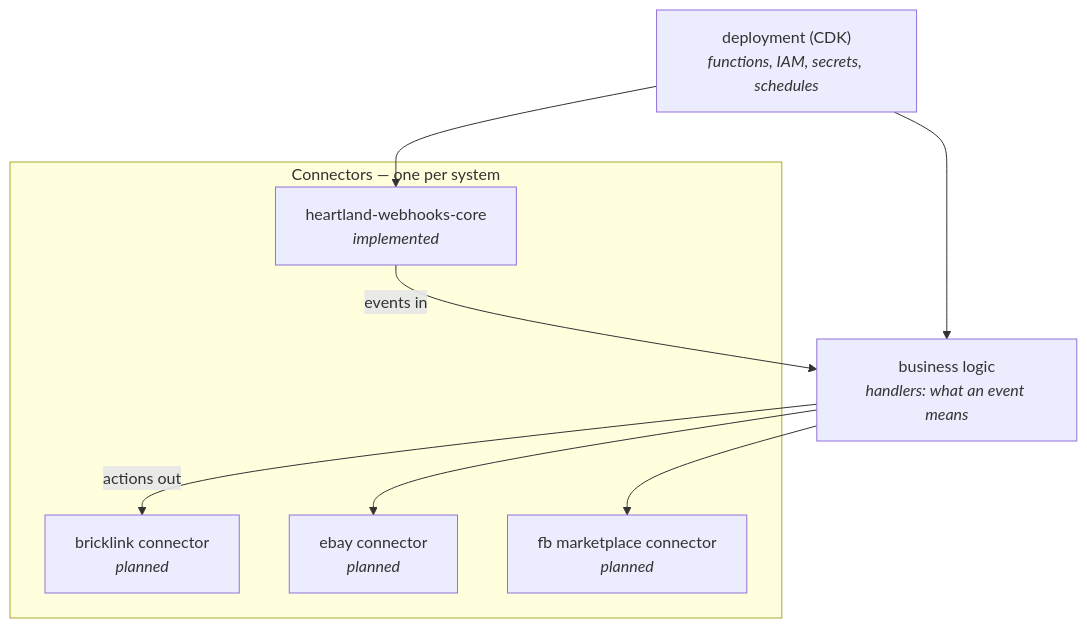
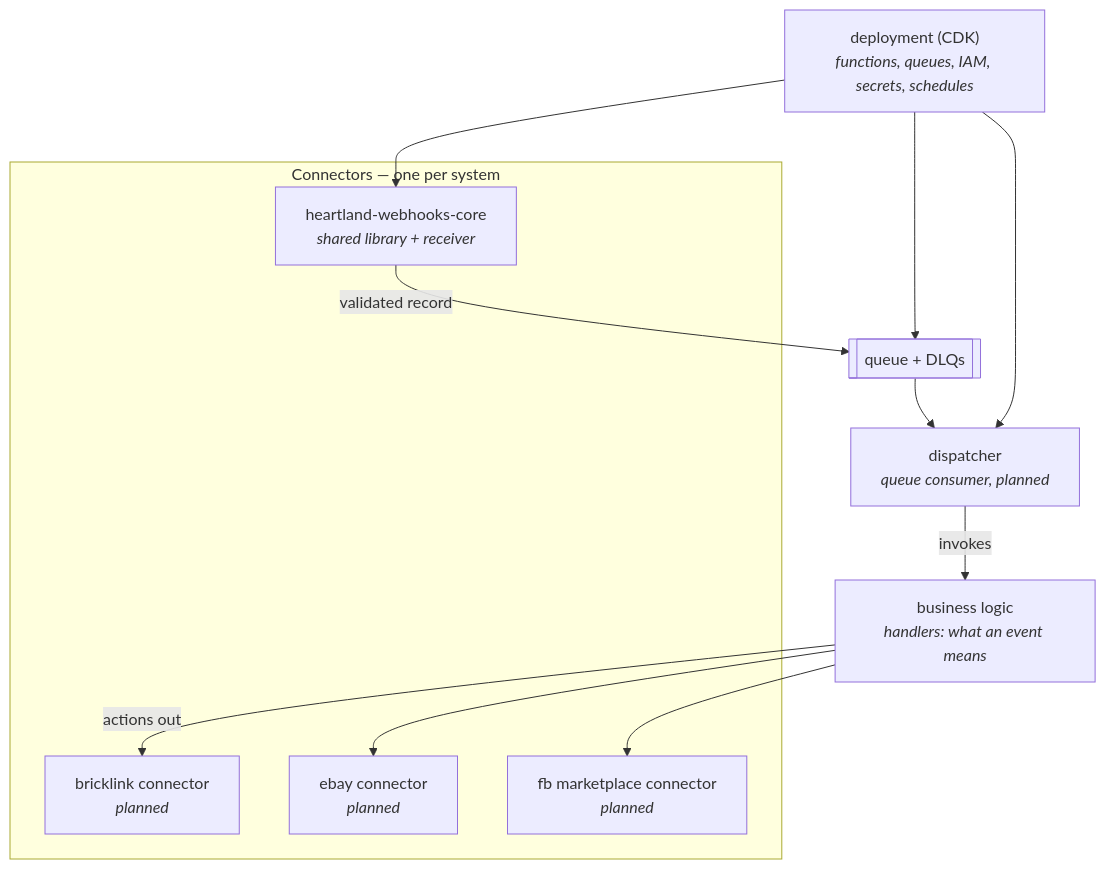
One commit to bamherndon/Clutch changed the diagram in design/02-modules.md. Above: the diagram before and after it, drawn with Mermaid. The commit also changed other lines of this file and 7 other files, not shown here.

First line of the commit message:
Record the asynchronous architecture and the trigger trust model

````diff
--- a/design/02-modules.md
+++ b/design/02-modules.md
@@ -9,19 +9,24 @@
 ```mermaid
 graph TD
     subgraph connectors["Connectors — one per system"]
-        HWC["heartland-webhooks-core<br/><i>implemented</i>"]
+        HWC["heartland-webhooks-core<br/><i>shared library + receiver</i>"]
         BLC["bricklink connector<br/><i>planned</i>"]
         EBC["ebay connector<br/><i>planned</i>"]
         FBC["fb marketplace connector<br/><i>planned</i>"]
     end
 
+    Q[["queue + DLQs"]]
+    DIS["dispatcher<br/><i>queue consumer, planned</i>"]
     BL["business logic<br/><i>handlers: what an event means</i>"]
-    DEP["deployment (CDK)<br/><i>functions, IAM, secrets, schedules</i>"]
+    DEP["deployment (CDK)<br/><i>functions, queues, IAM, secrets, schedules</i>"]
 
-    HWC -->|"events in"| BL
+    HWC -->|"validated record"| Q
+    Q --> DIS
+    DIS -->|"invokes"| BL
     BL -->|"actions out"| BLC
     BL --> EBC
     BL --> FBC
     DEP --> HWC
-    DEP --> BL
+    DEP --> DIS
+    DEP --> Q
 ```
````
